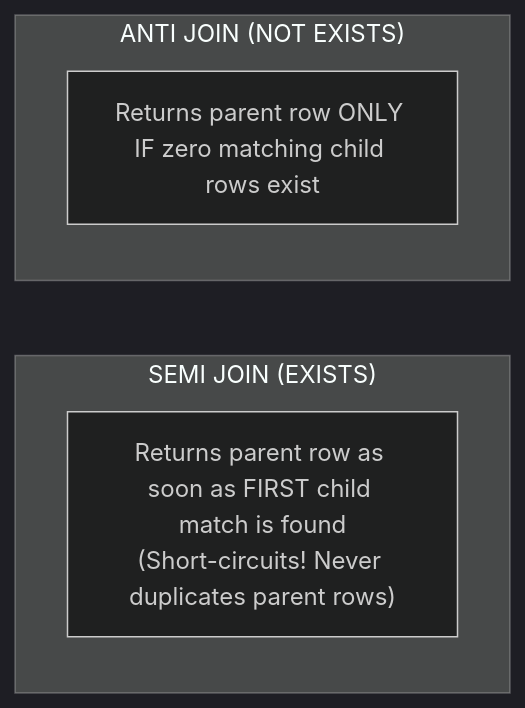
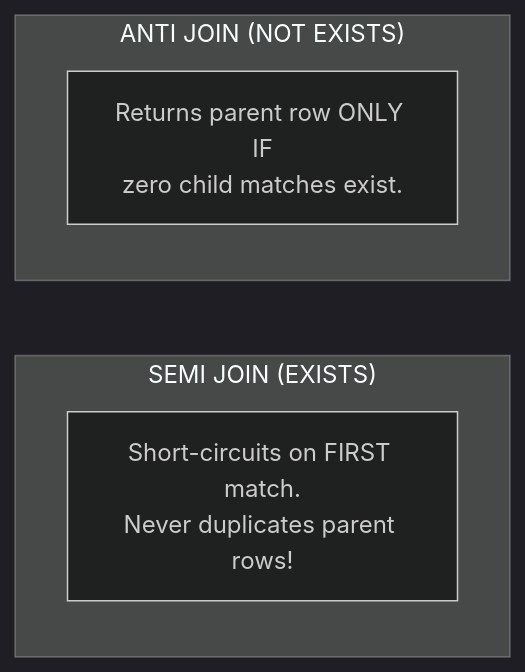
One commit to weaponxwolf/backend-engineering-mastry changed the fourth of 4 diagrams in docs/database/relationships-joins.mdx. Above: the diagram before and after it, drawn with Mermaid (dark theme). The commit also changed other lines of this file and 16 other files, not shown here.

````diff
--- a/docs/database/relationships-joins.mdx
+++ b/docs/database/relationships-joins.mdx
@@ -120,9 +174,9 @@
 ```mermaid
 graph LR
     subgraph SemiJoin ["SEMI JOIN (EXISTS)"]
-        S["Returns parent row as soon as FIRST child match is found<br/>(Short-circuits! Never duplicates parent rows)"]
+        S["Short-circuits on FIRST match.<br/>Never duplicates parent rows!"]
     end
     subgraph AntiJoin ["ANTI JOIN (NOT EXISTS)"]
-        A["Returns parent row ONLY IF zero matching child rows exist"]
+        A["Returns parent row ONLY IF<br/>zero child matches exist."]
     end
 ```
````
